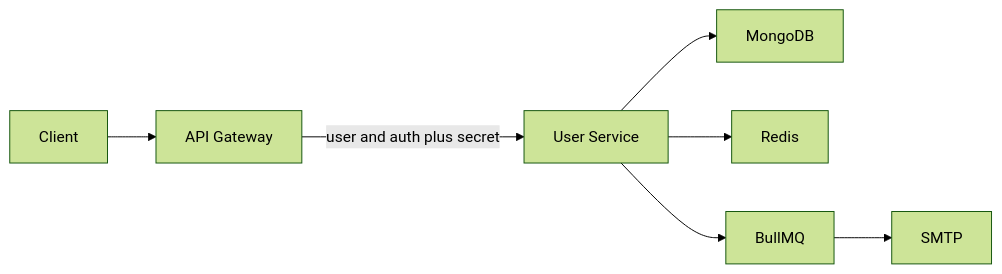
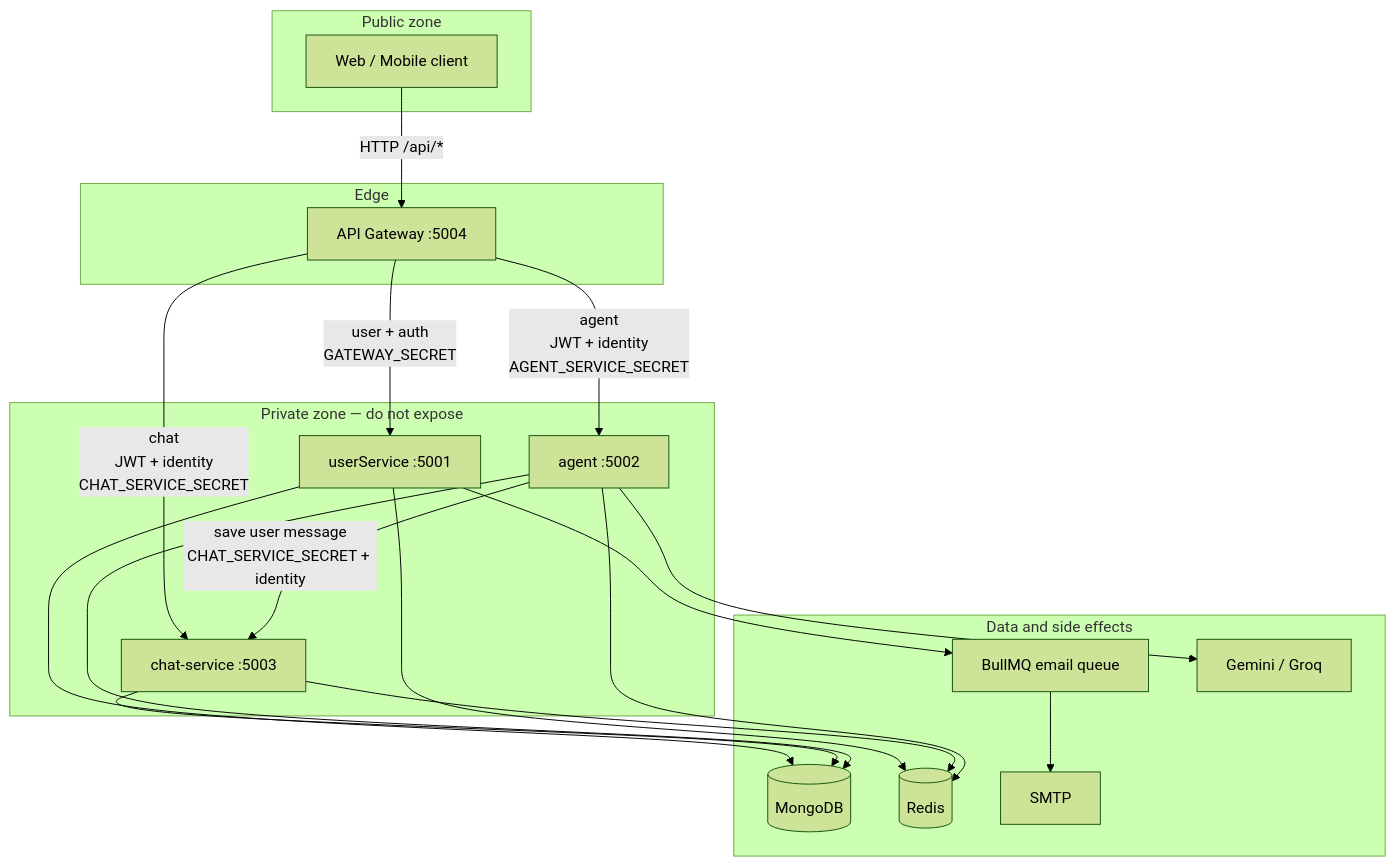
One commit to iamRazzakk/poscul_agent_microservice_server changed the first of 8 diagrams in Readme.md. Above: the diagram before and after it, drawn with Mermaid (forest theme). The commit also changed other lines of this file and 31 other files, not shown here.

Commit message:
Update README to reflect new POSCUL backend structure and system design. Expanded documentation to include service roles, design principles, and component views. Removed outdated API gateway references and clarified service interactions. Deleted obsolete api/README.md file.

````diff
--- a/Readme.md
+++ b/Readme.md
@@ -58,17 +33,38 @@
 ```mermaid
-flowchart LR
-  Client["Client"]
-  Gateway["API Gateway"]
-  UserSvc["User Service"]
-  Mongo["MongoDB"]
-  Redis["Redis"]
-  Queue["BullMQ"]
-  SMTP["SMTP"]
+flowchart TB
+  subgraph Public["Public zone"]
+    Client["Web / Mobile client"]
+  end
 
-  Client --> Gateway
-  Gateway -->|"user and auth plus secret"| UserSvc
-  UserSvc --> Mongo
-  UserSvc --> Redis
-  UserSvc --> Queue
-  Queue --> SMTP
+  subgraph Edge["Edge"]
+    GW["API Gateway :5004"]
+  end
+
+  subgraph Private["Private zone — do not expose"]
+    User["userService :5001"]
+    Chat["chat-service :5003"]
+    Agent["agent :5002"]
+  end
+
+  subgraph Data["Data and side effects"]
+    Mongo[(MongoDB)]
+    Redis[(Redis)]
+    BullMQ["BullMQ email queue"]
+    SMTP["SMTP"]
+    LLM["Gemini / Groq"]
+  end
+
+  Client -->|"HTTP /api/*"| GW
+  GW -->|"user + auth\nGATEWAY_SECRET"| User
+  GW -->|"chat\nJWT + identity\nCHAT_SERVICE_SECRET"| Chat
+  GW -->|"agent\nJWT + identity\nAGENT_SERVICE_SECRET"| Agent
+  Agent -->|"save user message\nCHAT_SERVICE_SECRET + identity"| Chat
+  Agent --> LLM
+  User --> Mongo
+  User --> Redis
+  User --> BullMQ --> SMTP
+  Chat --> Mongo
+  Chat --> Redis
+  Agent --> Mongo
+  Agent --> Redis
 ```
````
